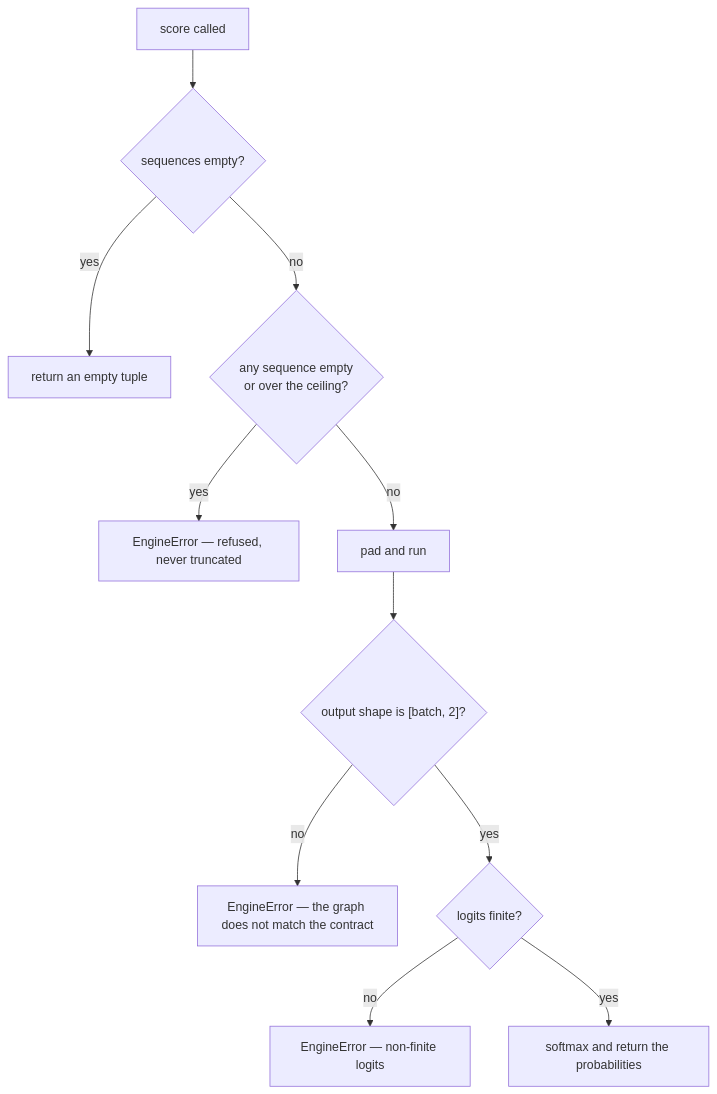
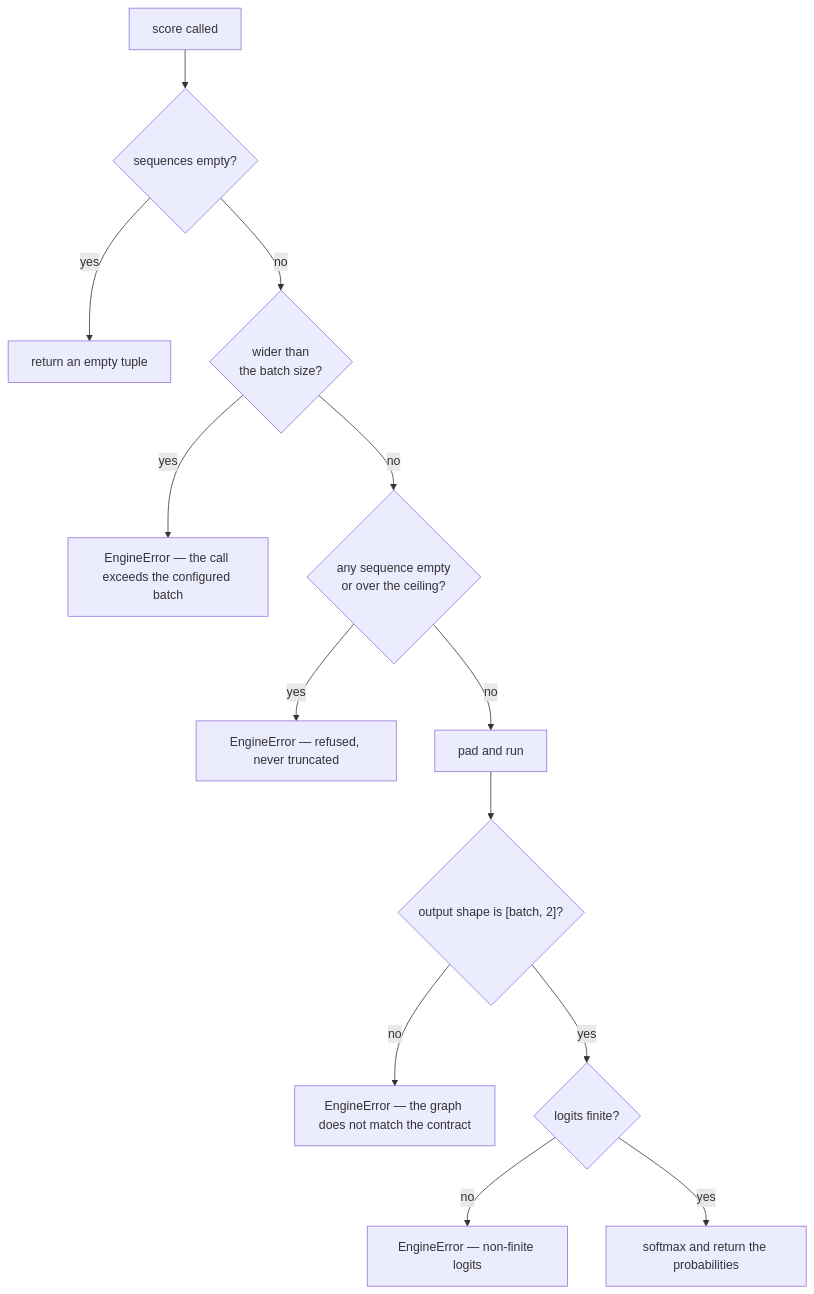
The sixth of 6 diagrams in services/inference/specifications/references/inference-engine.md (kunalPisolkar24/detectAI), drawn with Mermaid before and after one commit. The commit also changed other lines of this file, not shown here.

First line of the commit message:
Revise the inference engine reference for GPU deployment

````diff
--- a/services/inference/specifications/references/inference-engine.md
+++ b/services/inference/specifications/references/inference-engine.md
@@ -392,13 +590,15 @@
 ```mermaid
 flowchart TD
     A[score called] --> B{sequences empty?}
     B -- yes --> C[return an empty tuple]
-    B -- no --> D{any sequence empty<br/>or over the ceiling?}
-    D -- yes --> E["EngineError — refused, never truncated"]
-    D -- no --> F[pad and run]
-    F --> G{"output shape is [batch, 2]?"}
-    G -- no --> H["EngineError — the graph does not match the contract"]
-    G -- yes --> I{logits finite?}
-    I -- no --> J["EngineError — non-finite logits"]
-    I -- yes --> K[softmax and return the probabilities]
+    B -- no --> D{"wider than<br/>the batch size?"}
+    D -- yes --> D1["EngineError — the call exceeds the configured batch"]
+    D -- no --> E{any sequence empty<br/>or over the ceiling?}
+    E -- yes --> F["EngineError — refused, never truncated"]
+    E -- no --> G[pad and run]
+    G --> H{"output shape is [batch, 2]?"}
+    H -- no --> I["EngineError — the graph does not match the contract"]
+    H -- yes --> J{logits finite?}
+    J -- no --> K["EngineError — non-finite logits"]
+    J -- yes --> L[softmax and return the probabilities]
 ```
````
